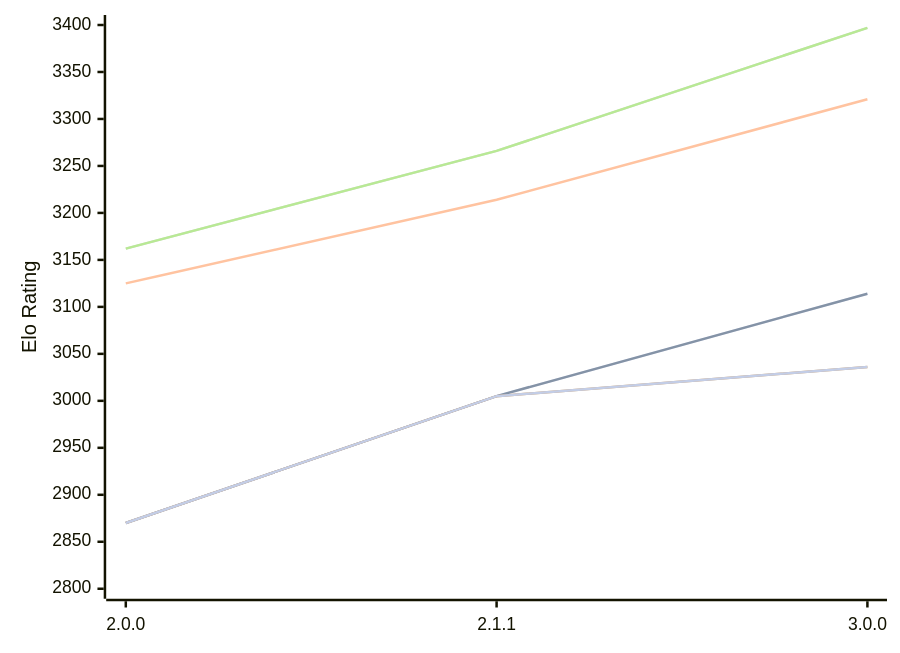
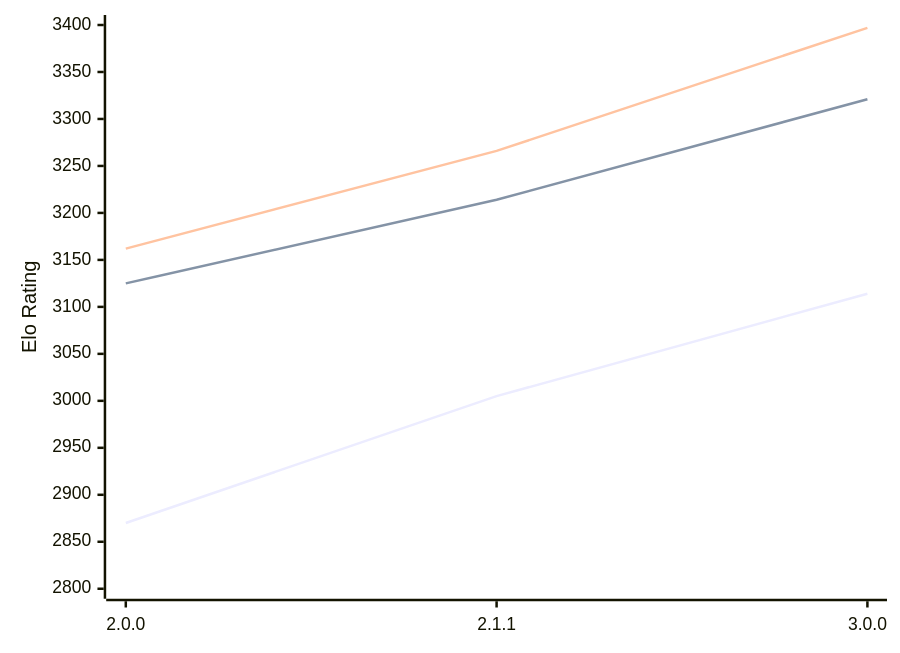
The diagram in engines/Bread.md (computer-chess-index/cci), drawn with Mermaid before and after one commit. The commit also changed other lines of this file, not shown here.

````diff
--- a/engines/Bread.md
+++ b/engines/Bread.md
@@ -49,13 +49,9 @@
 ```mermaid
 %%{init: {"theme":"base","themeVariables":{"seriesColors:['#a3a3a3','#222221','#faa371']}}}%%
 xychart-beta
   x-axis ["2.0.0", "2.1.1", "3.0.0"]
   y-axis "Elo Rating" 2800 --> 3400
-  line "" [2870, 3005, 3114]
   line "T1: STC (8.0+0.08s)" [2870, 3005, 3114]
   line "T1: LTC (60.0+0.60s)" [3125, 3214, 3321]
-  line "" [3162, 3266, 3397]
   line "T1: VLTC (2m24s+1.12s)" [3162, 3266, 3397]
-  line "" [2870, 3005,3036]
-  line "E1: STC (8.0+0.08s)" [2870, 3005,3036]
 ```
````
